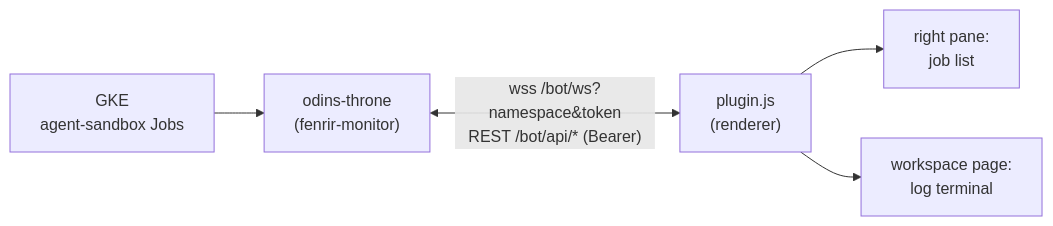
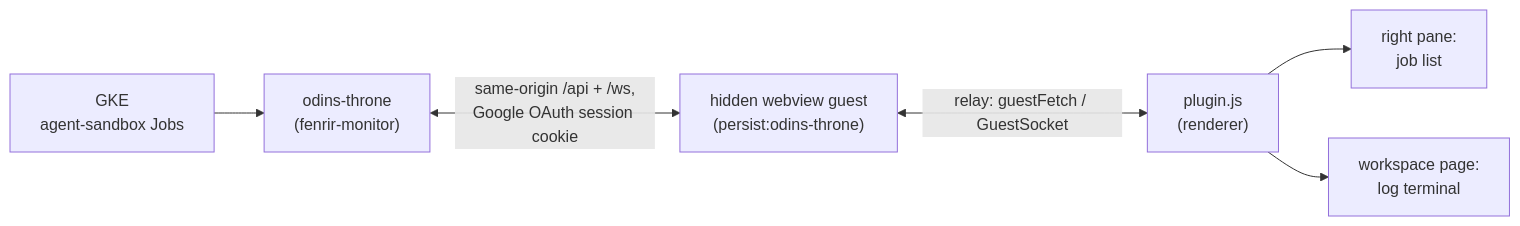
Before and after one commit to declanshanaghy/odins-throne-hermes: the diagram in README.md, drawn with Mermaid. The commit also changed other lines of this file and 10 other files, not shown here.

First line of the commit message:
auth via Google OAuth in a webview guest, exactly like the web version

````diff
--- a/README.md
+++ b/README.md
@@ -15,7 +15,8 @@
 ```mermaid
 flowchart LR
     GKE["GKE<br/>agent-sandbox Jobs"] --> OT["odins-throne<br/>(fenrir-monitor)"]
-    OT <-->|"wss /bot/ws?namespace&token<br/>REST /bot/api/* (Bearer)"| UI["plugin.js<br/>(renderer)"]
+    OT <-->|"same-origin /api + /ws,<br/>Google OAuth session cookie"| GV["hidden webview guest<br/>(persist:odins-throne)"]
+    GV <-->|"relay: guestFetch / GuestSocket"| UI["plugin.js<br/>(renderer)"]
     UI --> RP["right pane:<br/>job list"]
     UI --> MP["workspace page:<br/>log terminal"]
 ```
````
